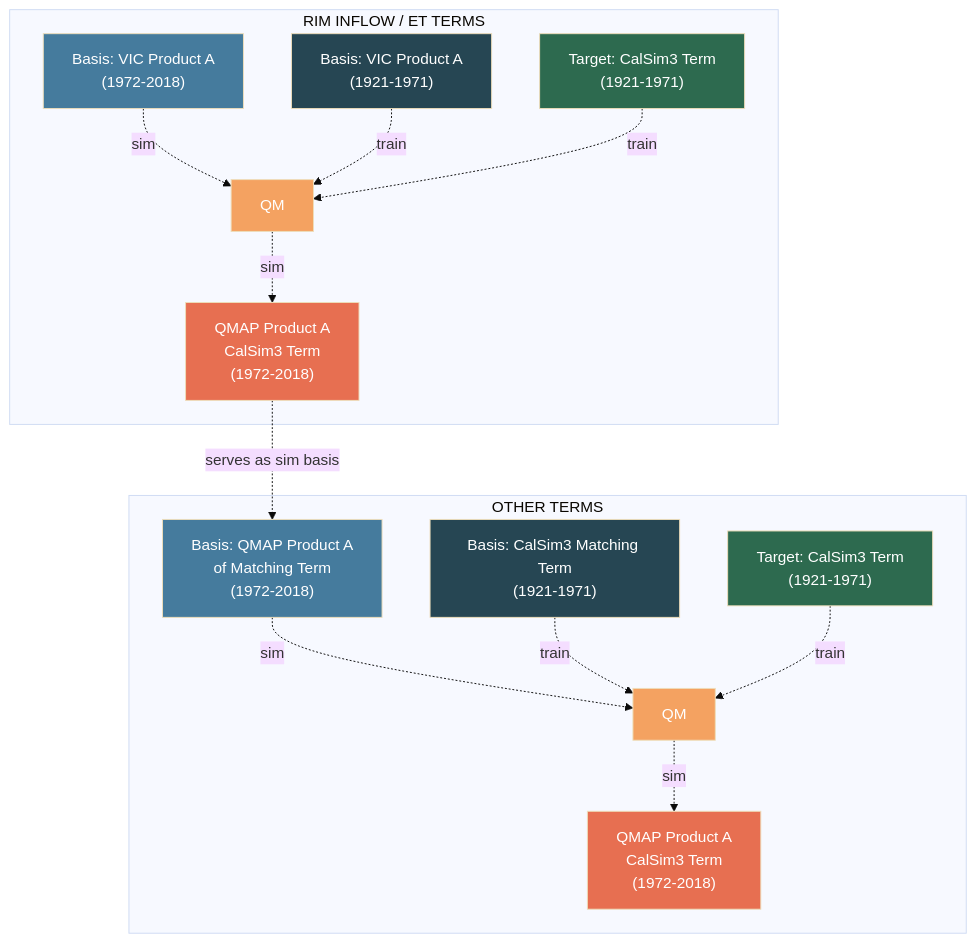
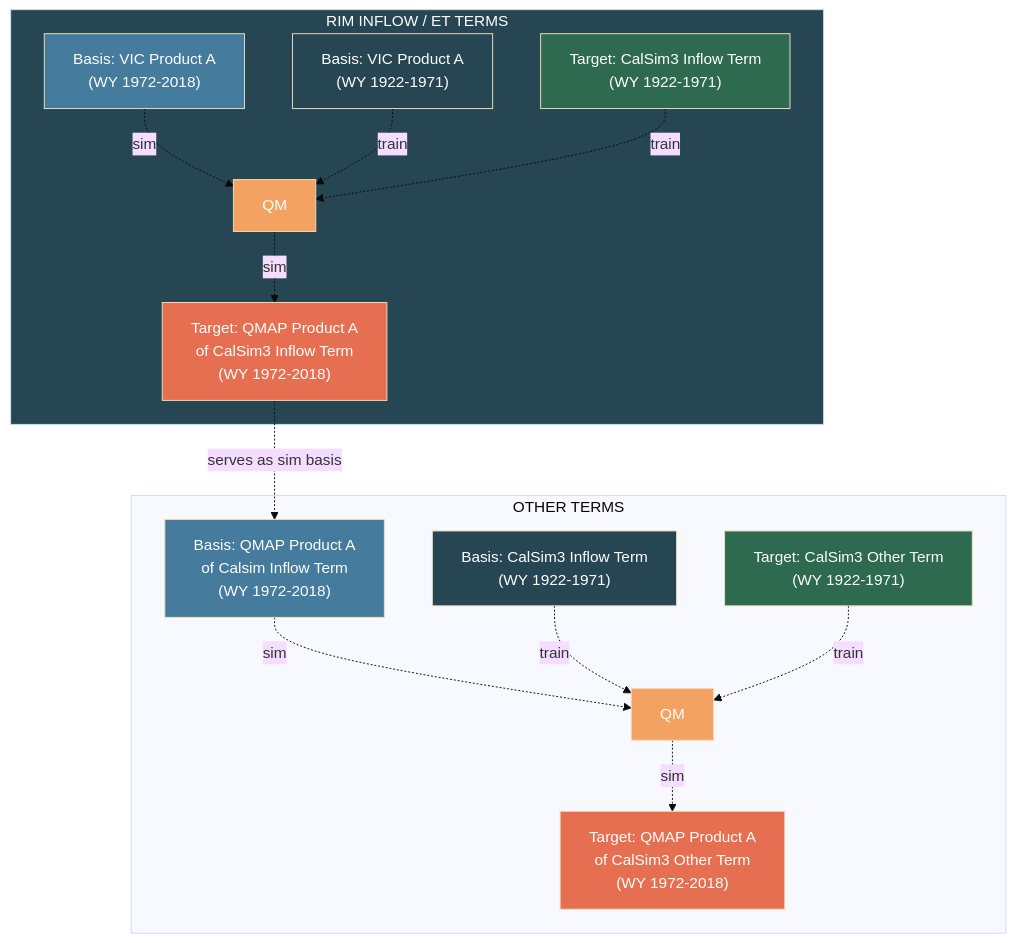
One commit to CentralValleyModeling/calsim3-stochastic-input-generation changed the third of 4 diagrams in docs/source/methods.md. Above: the diagram before and after it, drawn with Mermaid (base theme). The commit also changed other lines of this file and 119 other files, not shown here.

````diff
--- a/docs/source/methods.md
+++ b/docs/source/methods.md
@@ -136,28 +136,29 @@
 ```{mermaid}
 flowchart TB
     subgraph rim_a["RIM INFLOW / ET TERMS"]
-        RA_sim["Basis: VIC Product A<br/>(1972-2018)"] -. sim .-> RA_qm["QM"] 
-        RA_basis["Basis: VIC Product A<br/>(1921-1971)"] -. train .-> RA_qm
-        RA_target["Target: CalSim3 Term<br/>(1921-1971)"] -. train .-> RA_qm -. sim .-> RA_out["QMAP Product A<br/>CalSim3 Term<br/>(1972-2018)"]
+        RA_sim["Basis: VIC Product A<br/>(WY 1972-2018)"] -. sim .-> RA_qm["QM"] 
+        RA_basis["Basis: VIC Product A<br/>(WY 1922-1971)"] -. train .-> RA_qm
+        RA_target["Target: CalSim3 Inflow Term<br/>(WY 1922-1971)"] -. train .-> RA_qm -. sim .-> RA_out["Target: QMAP Product A<br/>of CalSim3 Inflow Term<br/>(WY 1972-2018)"]
     end
 
     subgraph other_a["OTHER TERMS"]
     
-        OA_sim["Basis: QMAP Product A<br/>of Matching Term<br/>(1972-2018)"] -.sim .-> OA_qm["QM"]
-        OA_basis["Basis: CalSim3 Matching Term<br/>(1921-1971)"] -. train .-> OA_qm
-        OA_target["Target: CalSim3 Term<br/>(1921-1971)"] -. train .-> OA_qm -. sim .-> OA_out["QMAP Product A<br/>CalSim3 Term<br/>(1972-2018)"]
+        OA_sim["Basis: QMAP Product A<br/>of Calsim Inflow Term<br/>(WY 1972-2018)"] -.sim .-> OA_qm["QM"]
+        OA_basis["Basis: CalSim3 Inflow Term<br/>(WY 1922-1971)"] -. train .-> OA_qm
+        OA_target["Target: CalSim3 Other Term<br/>(WY 1922-1971)"] -. train .-> OA_qm -. sim .-> OA_out["Target: QMAP Product A<br/>of CalSim3 Other Term<br/>(WY 1972-2018)"]
     end
 
     RA_out -.->|"serves as sim basis"| OA_sim
 
+    style rim_a fill:#264653,color:#fff
     style RA_basis fill:#264653,color:#fff
     style RA_target fill:#2d6a4f,color:#fff
     style OA_basis fill:#264653,color:#fff
     style OA_target fill:#2d6a4f,color:#fff
     style RA_sim fill:#457b9d,color:#fff
     style OA_sim fill:#457b9d,color:#fff
     style RA_qm fill:#f4a261,color:#fff
     style OA_qm fill:#f4a261,color:#fff
     style RA_out fill:#e76f51,color:#fff
     style OA_out fill:#e76f51,color:#fff
 ```
````
